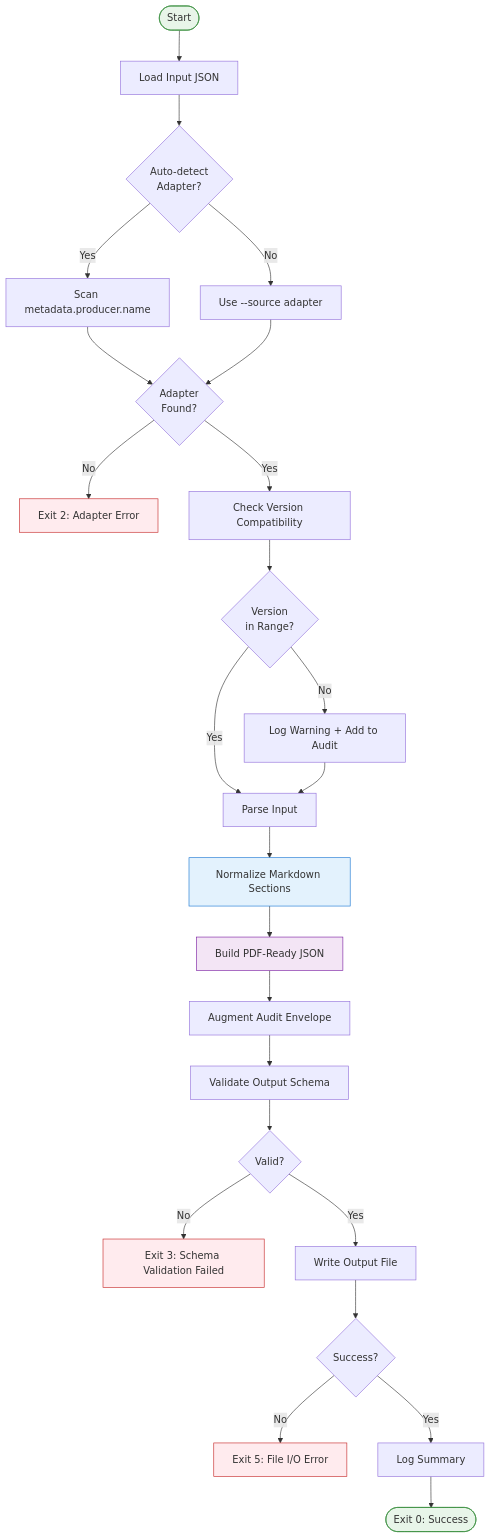
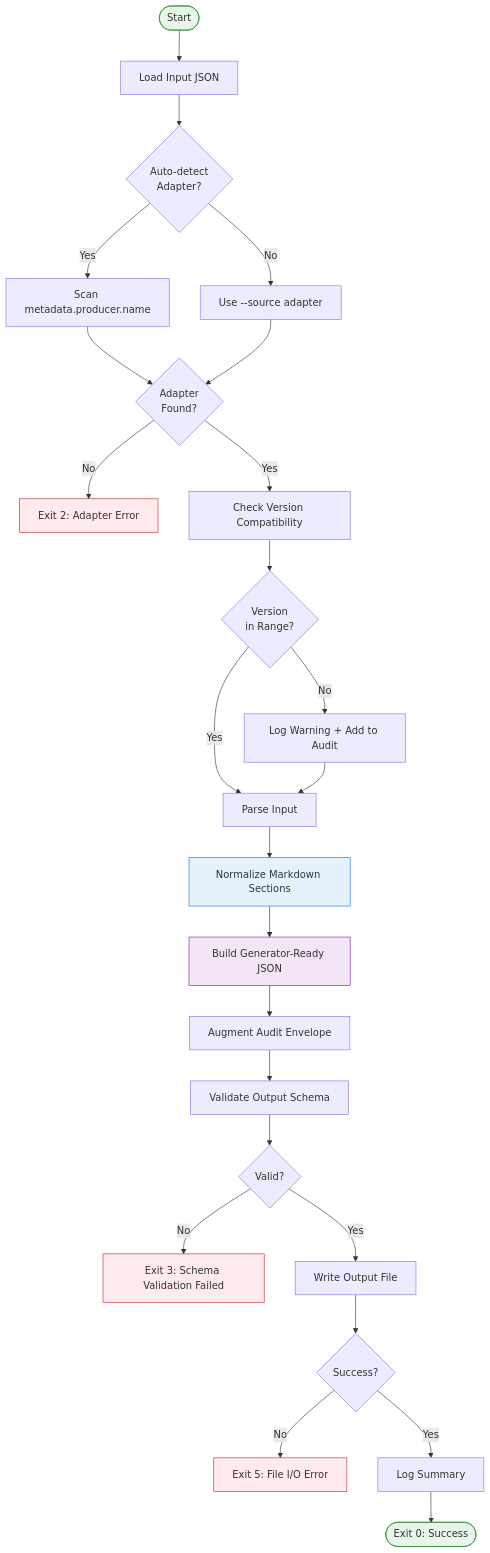
Before and after one commit to AbsaOSS/living-doc-toolkit: the second of 11 diagrams in docs/architecture.md, drawn with Mermaid. The commit also changed other lines of this file and 63 other files, not shown here.

First line of the commit message:
#60: Rename canonical artifact/schema/package to generator-ready (#66)

````diff
--- a/docs/architecture.md
+++ b/docs/architecture.md
@@ -77,42 +77,42 @@
 ```mermaid
 flowchart TD
     Start([Start]) --> Load[Load Input JSON]
     Load --> Detect{Auto-detect<br/>Adapter?}
     
     Detect -->|Yes| AutoDetect[Scan metadata.producer.name]
     Detect -->|No| ExplicitAdapter[Use --source adapter]
     
     AutoDetect --> CheckAdapter{Adapter<br/>Found?}
     ExplicitAdapter --> CheckAdapter
     
     CheckAdapter -->|No| Error1[Exit 2: Adapter Error]
     CheckAdapter -->|Yes| CheckVersion[Check Version Compatibility]
     
     CheckVersion --> Warn{Version<br/>in Range?}
     Warn -->|No| LogWarn[Log Warning + Add to Audit]
     Warn -->|Yes| Parse[Parse Input]
     LogWarn --> Parse
     
     Parse --> Normalize[Normalize Markdown Sections]
-    Normalize --> Build[Build PDF-Ready JSON]
+    Normalize --> Build[Build Generator-Ready JSON]
     Build --> Augment[Augment Audit Envelope]
     Augment --> Validate[Validate Output Schema]
     
     Validate --> ValidCheck{Valid?}
     ValidCheck -->|No| Error3[Exit 3: Schema Validation Failed]
     ValidCheck -->|Yes| Write[Write Output File]
     
     Write --> WriteCheck{Success?}
     WriteCheck -->|No| Error5[Exit 5: File I/O Error]
     WriteCheck -->|Yes| Log[Log Summary]
     
     Log --> End([Exit 0: Success])
     
     style Start fill:#e8f5e9,stroke:#388e3c
     style End fill:#e8f5e9,stroke:#388e3c
     style Error1 fill:#ffebee,stroke:#c62828
     style Error3 fill:#ffebee,stroke:#c62828
     style Error5 fill:#ffebee,stroke:#c62828
     style Normalize fill:#e3f2fd,stroke:#1976d2
     style Build fill:#f3e5f5,stroke:#7b1fa2
 ```
````
